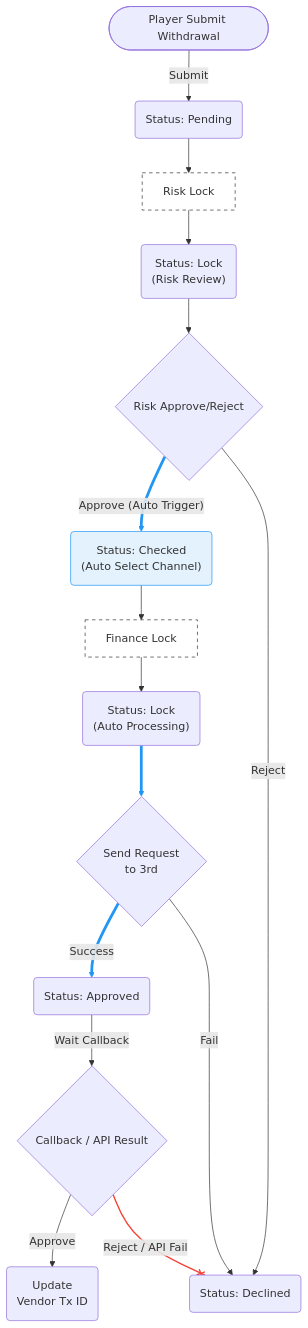
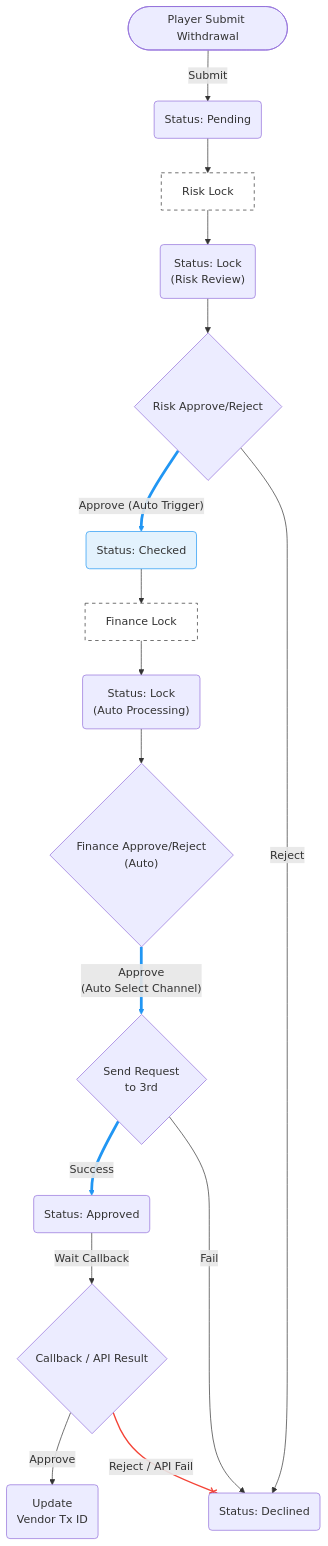
The second of 2 diagrams in no99_archive/sitflowchart.md (almightyken0425/SuSuGiGiSpec), drawn with Mermaid before and after one commit. The commit also changed other lines of this file, not shown here.

````diff
--- a/no99_archive/sitflowchart.md
+++ b/no99_archive/sitflowchart.md
@@ -91,76 +91,80 @@
 ```mermaid
 graph TD
     %% 節點定義
     StartAuto(["Player Submit Withdrawal"])
     PendingAuto("Status: Pending")
     
     RiskLockActionBoxAuto["Risk Lock"]
     RiskLockAuto("Status: Lock<br/>(Risk Review)")
     
     RiskActionAuto{"Risk Approve/Reject"}
-    ApproveAuto("Status: Checked<br/>(Auto Select Channel)")
+    ApproveAuto("Status: Checked")
     
     FinanceLockActionBoxAuto["Finance Lock"]
     FinanceLockAuto("Status: Lock<br/>(Auto Processing)")
     
+    FinanceActionAuto{"Finance Approve/Reject<br/>(Auto)"}
     RequestActionAuto{"Send Request<br/>to 3rd"}
     FinanceApprovedAuto("Status: Approved")
 
     DeclineAuto("Status: Declined")
     SuccessAuto("Update<br>Vendor Tx ID")
     CallbackAuto{"Callback / API Result"}
 
     StartAuto -->|"Submit"| PendingAuto
     
     PendingAuto --> RiskLockActionBoxAuto
     RiskLockActionBoxAuto --> RiskLockAuto
     
     RiskLockAuto --> RiskActionAuto
     
     %% 高亮自動化路徑
     RiskActionAuto ==>|"Approve (Auto Trigger)"| ApproveAuto
     
     ApproveAuto --> FinanceLockActionBoxAuto
     FinanceLockActionBoxAuto --> FinanceLockAuto
     
-    FinanceLockAuto ==> RequestActionAuto
+    FinanceLockAuto --> FinanceActionAuto
+    
+    FinanceActionAuto ==>|"Approve<br/>(Auto Select Channel)"| RequestActionAuto
     
     RequestActionAuto ==>|"Success"| FinanceApprovedAuto
     RequestActionAuto -->|"Fail"| DeclineAuto
     
     FinanceApprovedAuto -->|"Wait Callback"| CallbackAuto
 
     CallbackAuto -->|"Approve"| SuccessAuto
     
     %% 高亮報廢路徑
     CallbackAuto --x|"Reject / API Fail"| DeclineAuto
 
     %% 補回 Risk 拒絕路徑 (若遺失)
     RiskActionAuto -->|"Reject"| DeclineAuto
 
     %% 樣式與連結美化
     %% linkStyle 索引 (基於連接線出現順序):
     %% 0: StartAuto -> PendingAuto
     %% 1: PendingAuto -> RiskLockActionBoxAuto
     %% 2: RiskLockActionBoxAuto -> RiskLockAuto
     %% 3: RiskLockAuto -> RiskActionAuto
     %% 4: RiskActionAuto ==> ApproveAuto
     %% 5: ApproveAuto --> FinanceLockActionBoxAuto
     %% 6: FinanceLockActionBoxAuto --> FinanceLockAuto
-    %% 7: FinanceLockAuto ==> RequestActionAuto
-    %% 8: RequestActionAuto ==> FinanceApprovedAuto
-    %% 9: RequestActionAuto --> DeclineAuto
-    %% 10: FinanceApprovedAuto --> CallbackAuto
-    %% 11: CallbackAuto --> SuccessAuto
-    %% 12: CallbackAuto --x DeclineAuto
-    %% 13: RiskActionAuto --> DeclineAuto (New)
+    %% 7: FinanceLockAuto --> FinanceActionAuto
+    %% 8: FinanceActionAuto ==> RequestActionAuto
+    %% 9: RequestActionAuto ==> FinanceApprovedAuto
+    %% 10: RequestActionAuto --> DeclineAuto
+    %% 11: FinanceApprovedAuto --> CallbackAuto
+    %% 12: CallbackAuto --> SuccessAuto
+    %% 13: CallbackAuto --x DeclineAuto
+    %% 14: RiskActionAuto --> DeclineAuto (New)
 
     linkStyle 4 stroke:#2196f3,stroke-width:4px;
-    linkStyle 7 stroke:#2196f3,stroke-width:4px;
     linkStyle 8 stroke:#2196f3,stroke-width:4px;
-    linkStyle 12 stroke:#f44336,stroke-width:2px;
+    linkStyle 9 stroke:#2196f3,stroke-width:4px;
+    linkStyle 13 stroke:#f44336,stroke-width:2px;
 
     style ApproveAuto fill:#e3f2fd,stroke:#2196f3
     style RiskLockActionBoxAuto fill:#fff,stroke:#333,stroke-dasharray: 5 5
     style FinanceLockActionBoxAuto fill:#fff,stroke:#333,stroke-dasharray: 5 5
 ```
````
